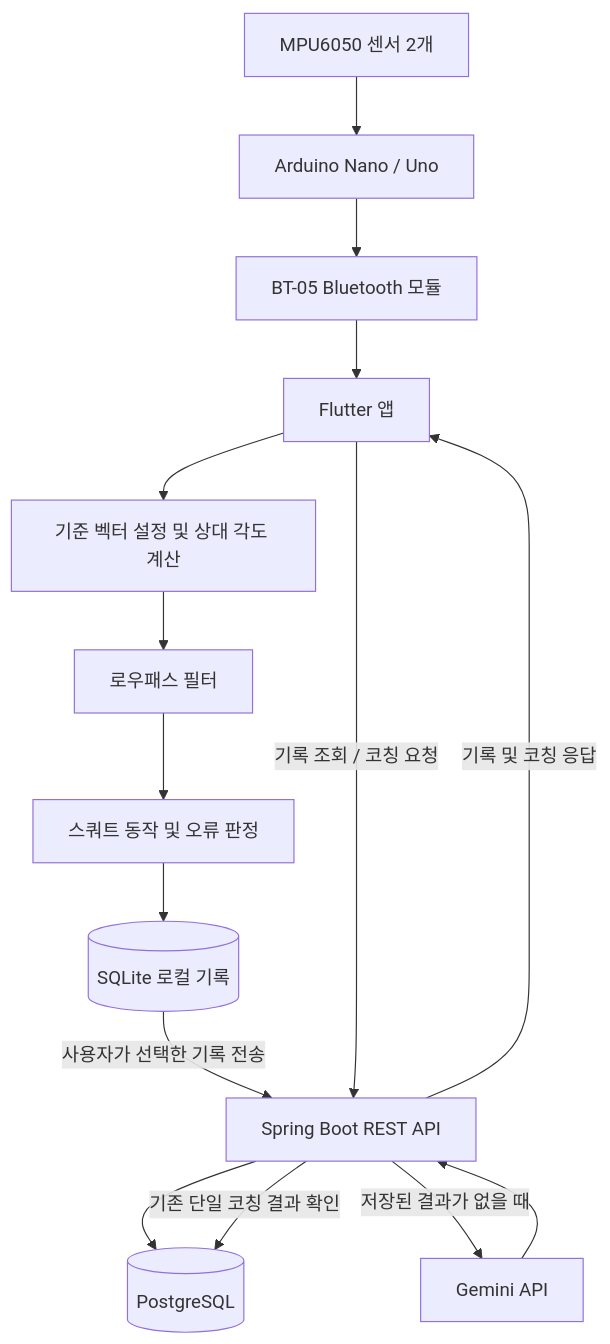
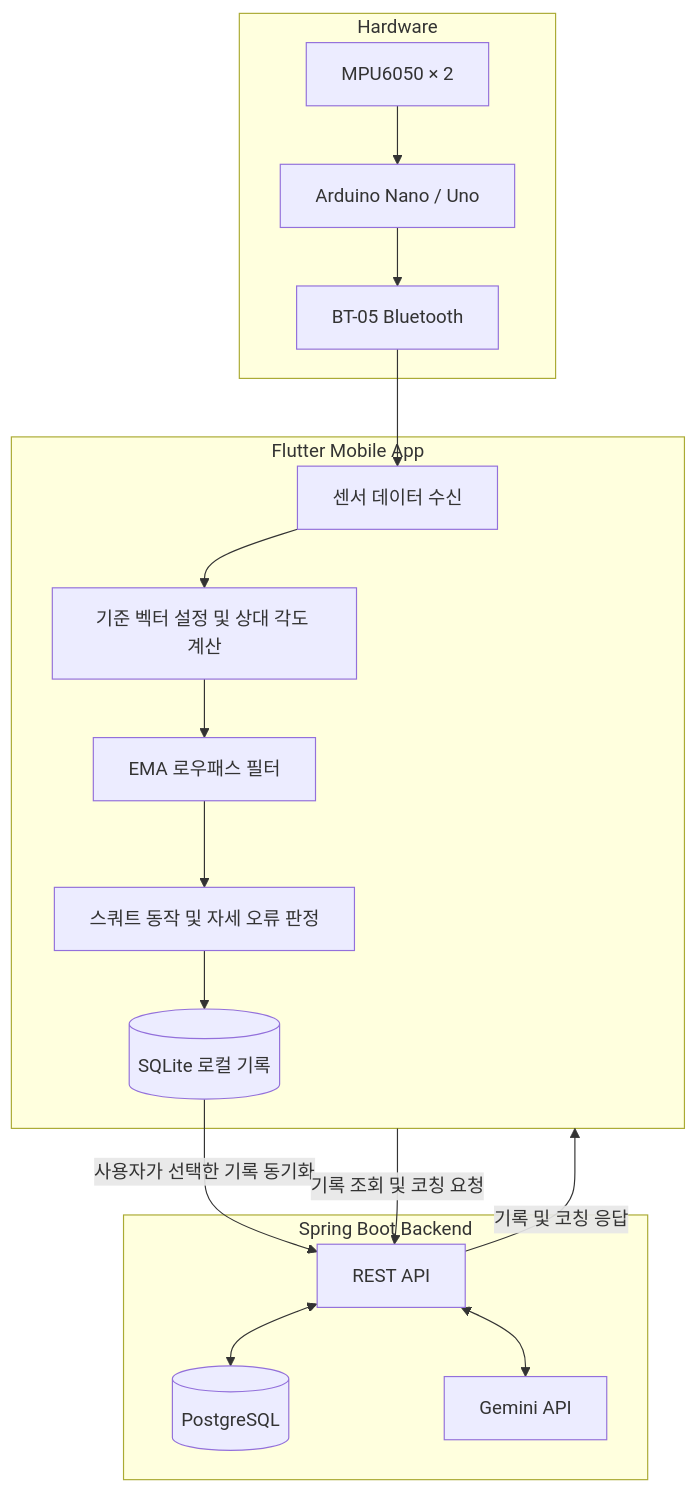
One commit to LHY-AImaster/squat_project changed the diagram in README.md. Above: the diagram before and after it, drawn with Mermaid. The commit also changed other lines of this file and 1 other file, not shown here.

Commit message:
docs: [README] 시스템 아키텍처 개선. 플로우 차트와 컴포넌트 다이어그램 2개로 구성할 것. 컴포넌트는 외부 문서로 구성했고 수정 필요.

````diff
--- a/README.md
+++ b/README.md
@@ -75,17 +77,31 @@
 ```mermaid
 flowchart TD
-    A["MPU6050 센서 2개"] --> B["Arduino Nano / Uno"]
-    B --> C["BT-05 Bluetooth 모듈"]
-    C --> D["Flutter 앱"]
-    D --> E["기준 벡터 설정 및 상대 각도 계산"]
-    E --> F["로우패스 필터"]
-    F --> G["스쿼트 동작 및 오류 판정"]
-    G --> H[("SQLite 로컬 기록")]
-    H -->|"사용자가 선택한 기록 전송"| I["Spring Boot REST API"]
-    I --> J[("PostgreSQL")]
-    D -->|"기록 조회 / 코칭 요청"| I
-    I -->|"기존 단일 코칭 결과 확인"| J
-    I -->|"저장된 결과가 없을 때"| K["Gemini API"]
-    K --> I
-    I -->|"기록 및 코칭 응답"| D
+    subgraph HW["Hardware"]
+        A["MPU6050 × 2"] --> B["Arduino Nano / Uno"]
+        B --> C["BT-05 Bluetooth"]
+    end
+
+    subgraph APP["Flutter Mobile App"]
+        D["센서 데이터 수신"]
+        E["기준 벡터 설정 및 상대 각도 계산"]
+        F["EMA 로우패스 필터"]
+        G["스쿼트 동작 및 자세 오류 판정"]
+        H[("SQLite 로컬 기록")]
+
+        D --> E --> F --> G --> H
+    end
+
+    subgraph SERVER["Spring Boot Backend"]
+        I["REST API"]
+        J[("PostgreSQL")]
+        K["Gemini API"]
+
+        I <--> J
+        I <--> K
+    end
+
+    C --> D
+    H -->|"사용자가 선택한 기록 동기화"| I
+    APP -->|"기록 조회 및 코칭 요청"| I
+    I -->|"기록 및 코칭 응답"| APP
 ```
````
